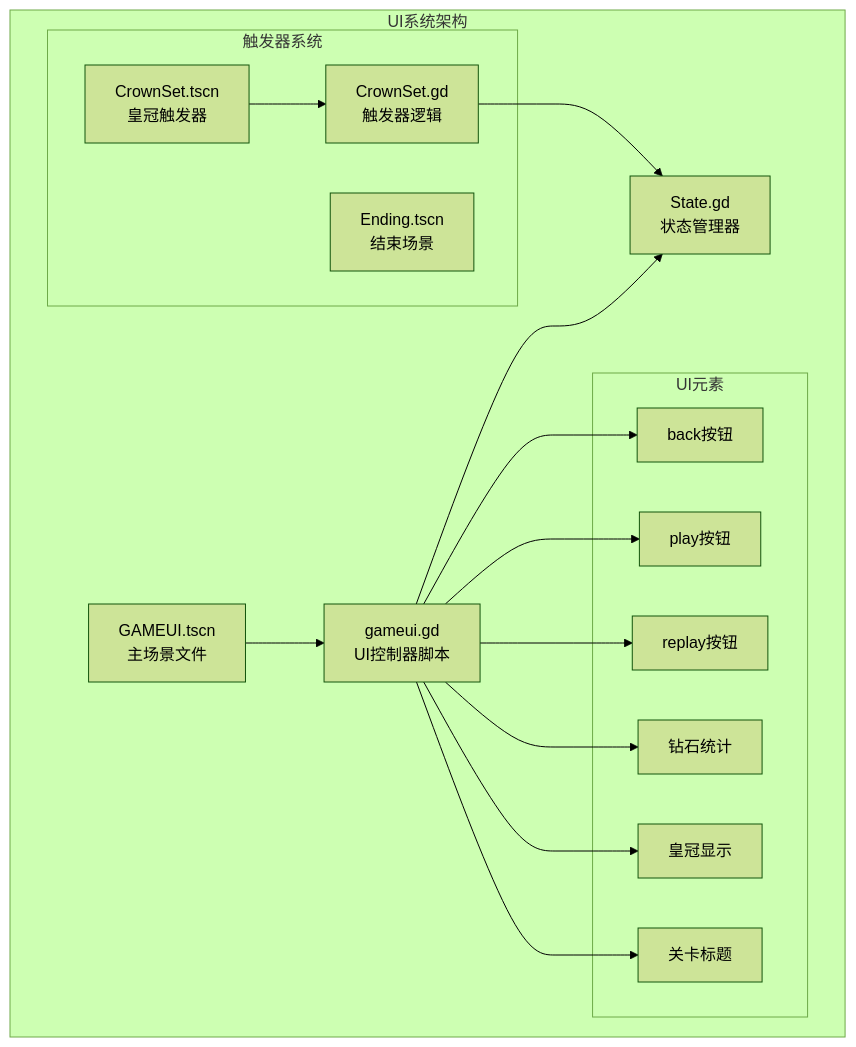
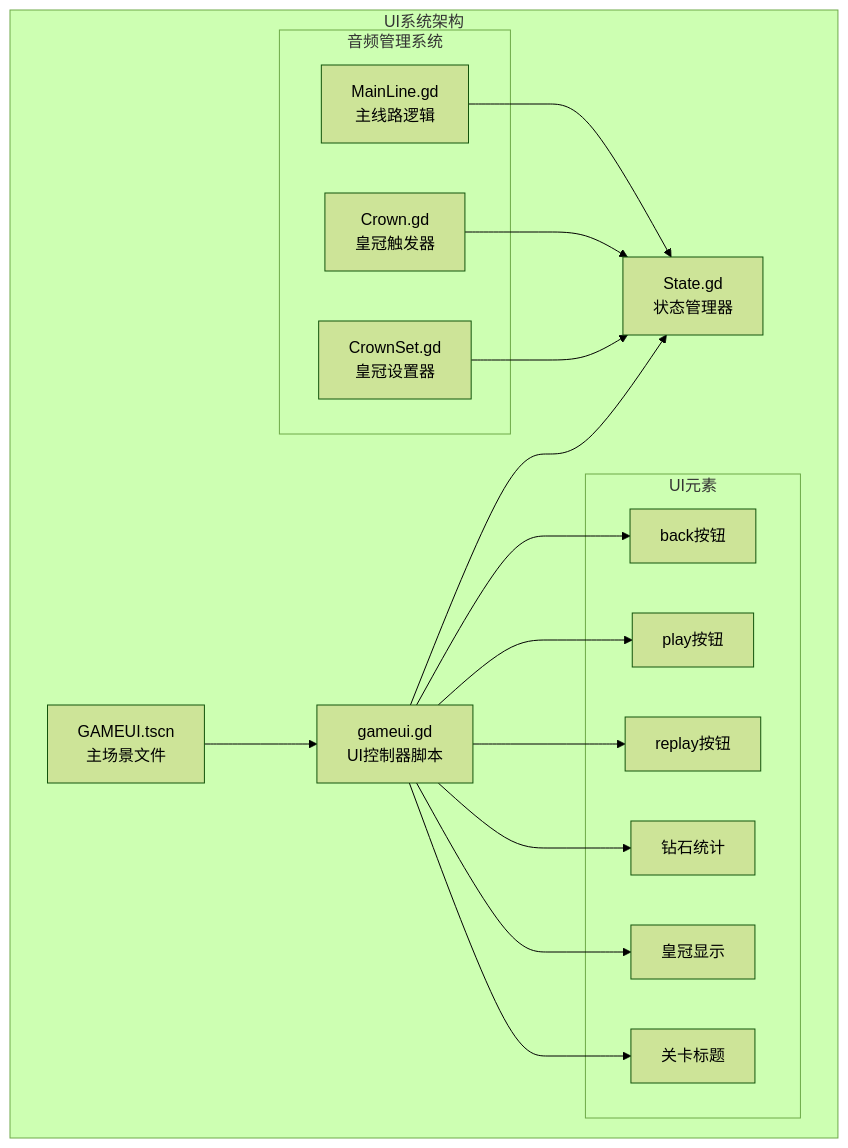
Before and after one commit to godotline/godot-line: the first of 8 diagrams in .qoder/repowiki/zh/content/API参考/UI系统API.md, drawn with Mermaid (forest theme). The commit also changed other lines of this file and 7 other files, not shown here.

````diff
--- a/.qoder/repowiki/zh/content/API参考/UI系统API.md
+++ b/.qoder/repowiki/zh/content/API参考/UI系统API.md
@@ -38,31 +49,32 @@
 ```mermaid
 graph TB
 subgraph "UI系统架构"
 GAMEUI[GAMEUI.tscn<br/>主场景文件]
 gameui[gameui.gd<br/>UI控制器脚本]
 State[State.gd<br/>状态管理器]
 subgraph "UI元素"
 back[back按钮]
 play[play按钮]
 replay[replay按钮]
 diamond[钻石统计]
 crown[皇冠显示]
 title[关卡标题]
 end
-subgraph "触发器系统"
-CrownSet[CrownSet.tscn<br/>皇冠触发器]
-CrownSetGD[CrownSet.gd<br/>触发器逻辑]
-Ending[Ending.tscn<br/>结束场景]
+subgraph "音频管理系统"
+MainLine[MainLine.gd<br/>主线路逻辑]
+Crown[Crown.gd<br/>皇冠触发器]
+CrownSet[CrownSet.gd<br/>皇冠设置器]
 end
 end
 GAMEUI --> gameui
 gameui --> State
 gameui --> back
 gameui --> play
 gameui --> replay
 gameui --> diamond
 gameui --> crown
 gameui --> title
-CrownSet --> CrownSetGD
-CrownSetGD --> State
+Crown --> State
+CrownSet --> State
+MainLine --> State
 ```
````
